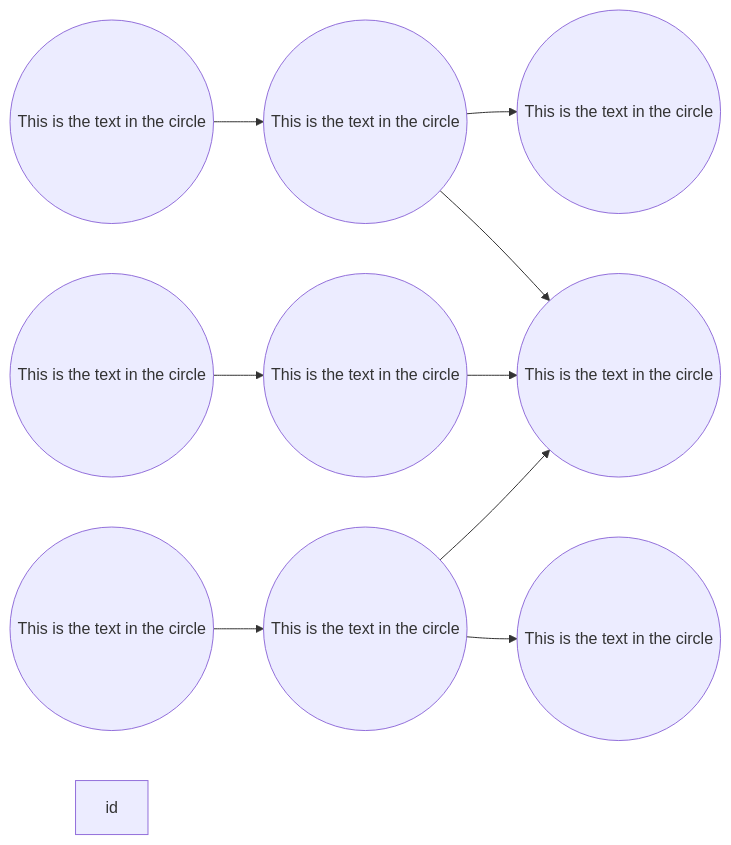
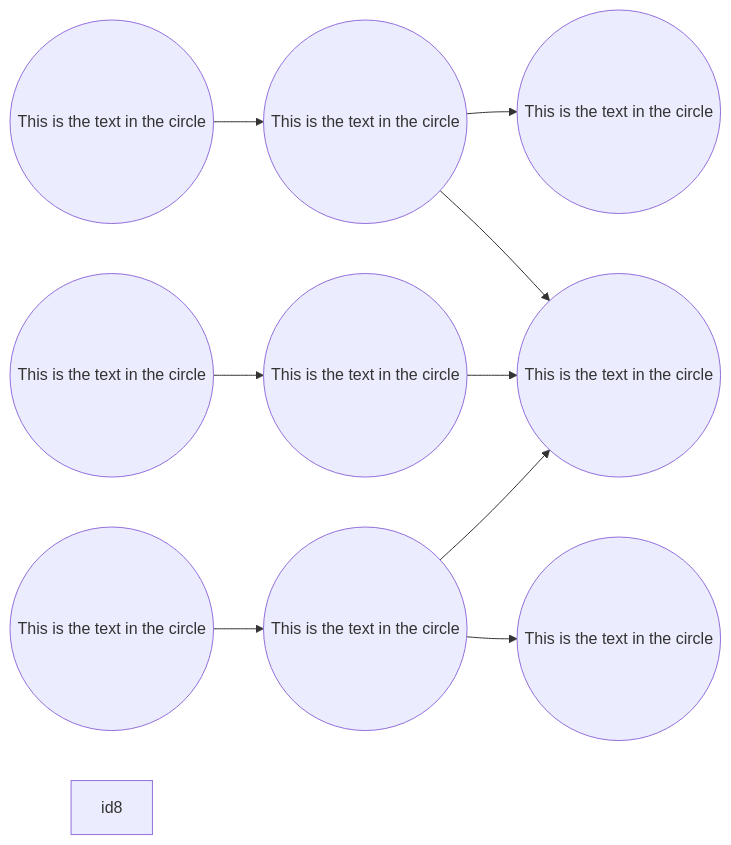
The second of 2 diagrams in slides.md (gerbssusd/dok), drawn with Mermaid before and after one commit.

````diff
--- a/slides.md
+++ b/slides.md
@@ -499,15 +499,15 @@
 ```mermaid {scale: .60}
 
 flowchart LR
     id1((This is the text in the circle)) -->
     id2((This is the text in the circle)) -->
     id3((This is the text in the circle))
        id3.1((This is the text in the circle))-->
        id3.2((This is the text in the circle))-->id4
    id2 --> id4((This is the text in the circle)) 
     id5((This is the text in the circle)) -->
       id6((This is the text in the circle))--> id4 
    id6--> id7((This is the text in the circle))
-       id
+       id8
 
 ```
````
